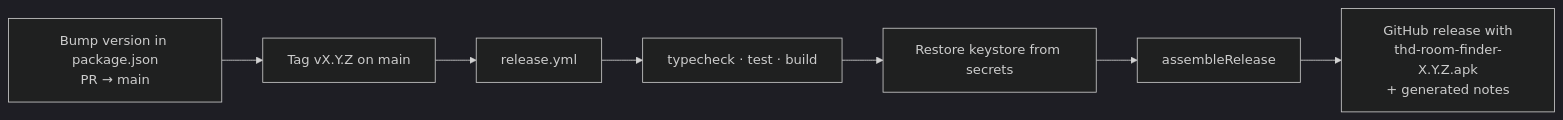
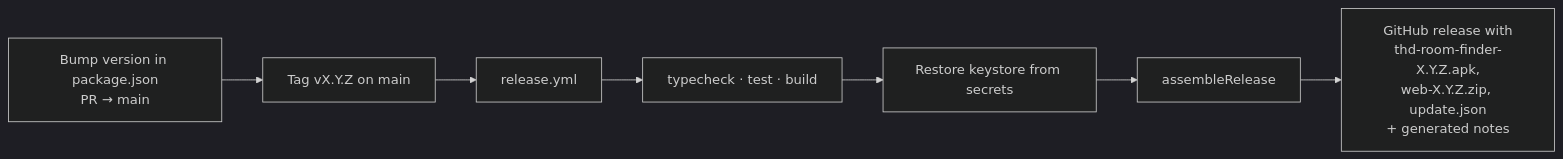
The diagram in docs/development/building-and-releasing.md (Aaqibhafeezkhan/THD-Room-Finder), drawn with Mermaid (dark theme) before and after one commit. The commit also changed other lines of this file and 7 other files, not shown here.

First line of the commit message:
ci(release): publish the web bundle and an update manifest

````diff
--- a/docs/development/building-and-releasing.md
+++ b/docs/development/building-and-releasing.md
@@ -47,9 +47,9 @@
 ```mermaid
 flowchart LR
   A[Bump version in package.json<br/>PR → main] --> B[Tag vX.Y.Z on main]
   B --> C[release.yml]
   C --> D[typecheck · test · build]
   D --> E[Restore keystore from secrets]
   E --> F[assembleRelease]
-  F --> G[GitHub release with<br/>thd-room-finder-X.Y.Z.apk<br/>+ generated notes]
+  F --> G[GitHub release with<br/>thd-room-finder-X.Y.Z.apk,<br/>web-X.Y.Z.zip, update.json<br/>+ generated notes]
 ```
````
